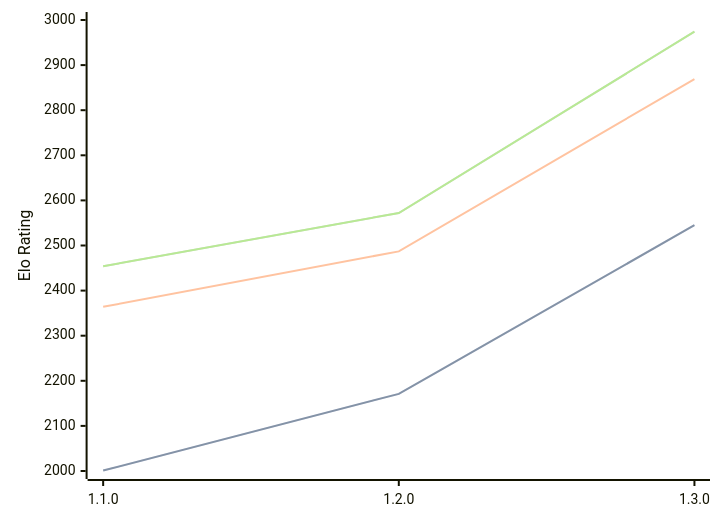
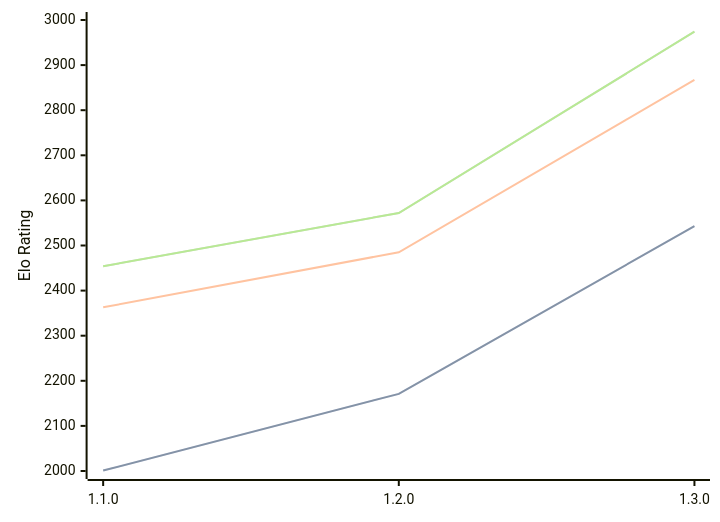
One commit to computer-chess-index/cci changed the diagram in engines/Gyatso.md. Above: the diagram before and after it, drawn with Mermaid. The commit also changed other lines of this file, not shown here.

````diff
--- a/engines/Gyatso.md
+++ b/engines/Gyatso.md
@@ -34,11 +34,11 @@
 ```mermaid
 %%{init: {"theme":"base","themeVariables":{"seriesColors:['#a3a3a3','#222221','#faa371']}}}%%
 xychart-beta
   x-axis ["1.1.0", "1.2.0", "1.3.0"]
   y-axis "Elo Rating" 2000 --> 3000
-  line "STC (8.0+0.08s)" [2001, 2171, 2545]
-  line "STC (8.0+0.08s)" [2001, 2171, 2545]
-  line "LTC (60.0+0.60s)" [2364, 2487, 2869]
+  line "STC (8.0+0.08s)" [2001, 2171, 2543]
+  line "STC (8.0+0.08s)" [2001, 2171, 2543]
+  line "LTC (60.0+0.60s)" [2363, 2485, 2867]
   line "VLTC (2m24s+1.12s)" [2454, 2572, 2974]
   line "VLTC (2m24s+1.12s)" [2454, 2572, 2974]
 ```
````
